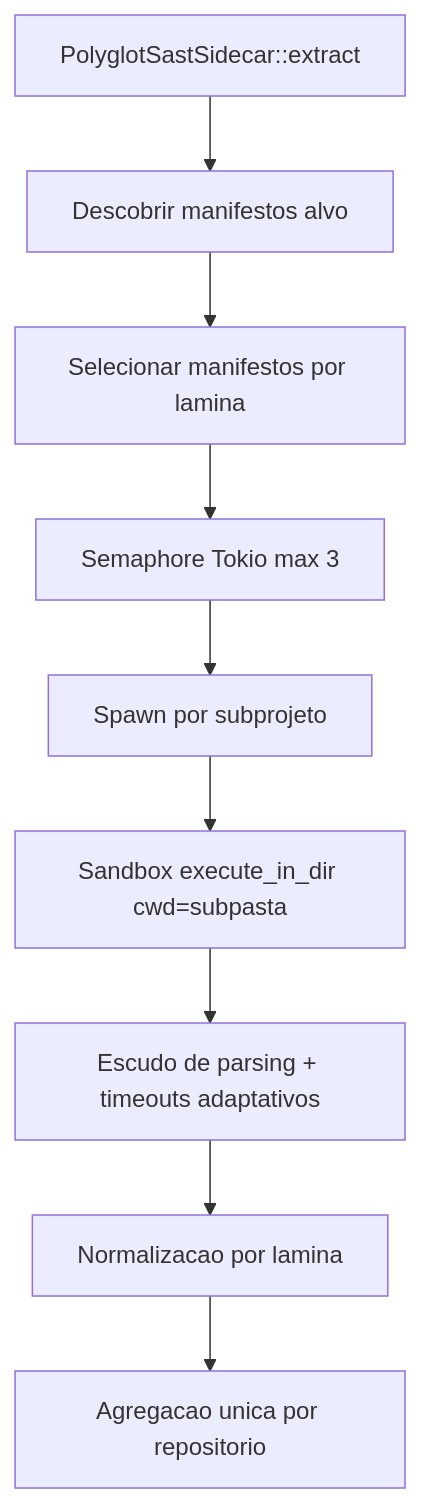
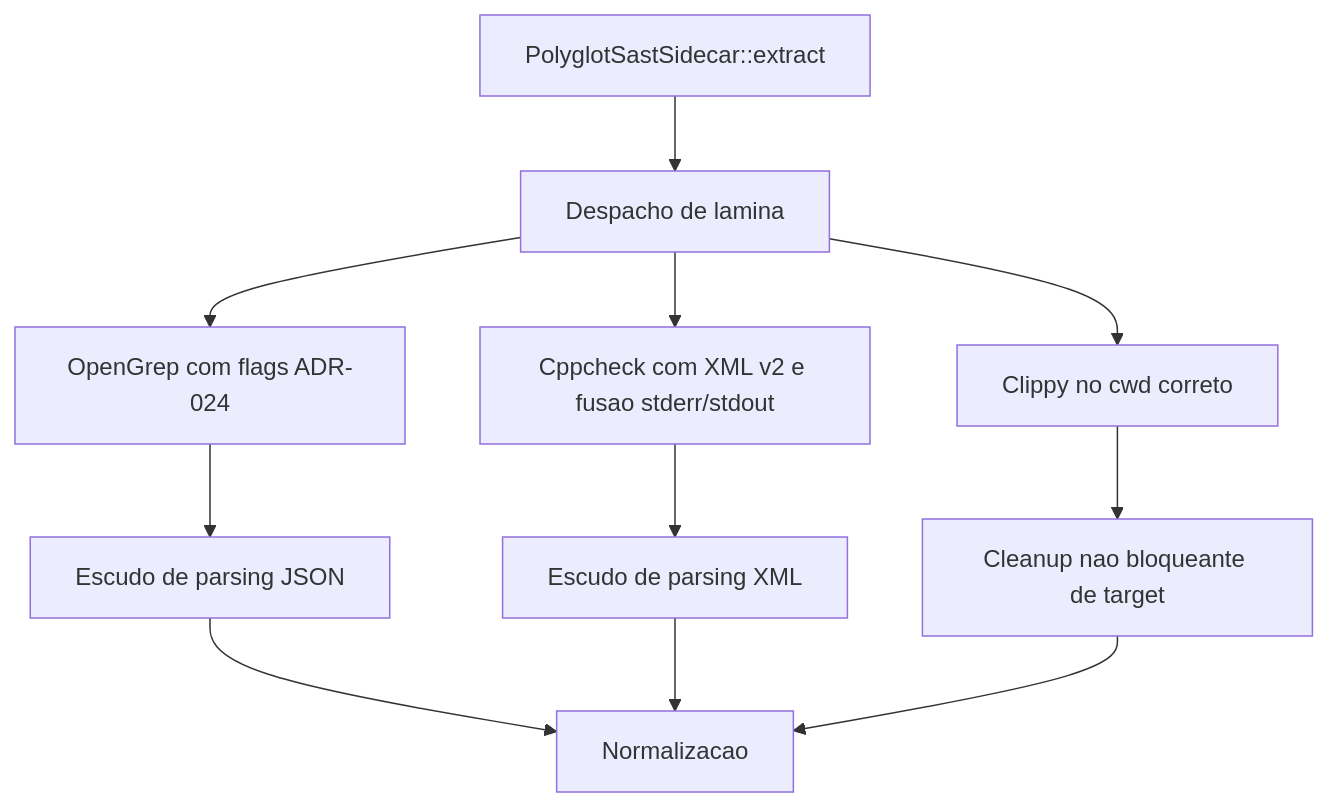
Before and after one commit to brunosrosa/genesis_mc: the diagram in docs/design.md, drawn with Mermaid. The commit also changed other lines of this file and 16 other files, not shown here.

First line of the commit message:
feat(sast): implement ADR-024 performance SAST safeguards

````diff
--- a/docs/design.md
+++ b/docs/design.md
@@ -20,11 +23,13 @@
 ```mermaid
 flowchart TD
-    A[PolyglotSastSidecar::extract] --> B[Descobrir manifestos alvo]
-    B --> C[Selecionar manifestos por lamina]
-    C --> D[Semaphore Tokio max 3]
-    D --> E[Spawn por subprojeto]
-    E --> F[Sandbox execute_in_dir cwd=subpasta]
-    F --> G[Escudo de parsing + timeouts adaptativos]
-    G --> H[Normalizacao por lamina]
-    H --> I[Agregacao unica por repositorio]
+    A[PolyglotSastSidecar::extract] --> B[Despacho de lamina]
+    B --> C[OpenGrep com flags ADR-024]
+    B --> D[Cppcheck com XML v2 e fusao stderr/stdout]
+    B --> E[Clippy no cwd correto]
+    E --> F[Cleanup nao bloqueante de target]
+    C --> G[Escudo de parsing JSON]
+    D --> H[Escudo de parsing XML]
+    G --> I[Normalizacao]
+    H --> I
+    F --> I
 ```
````
